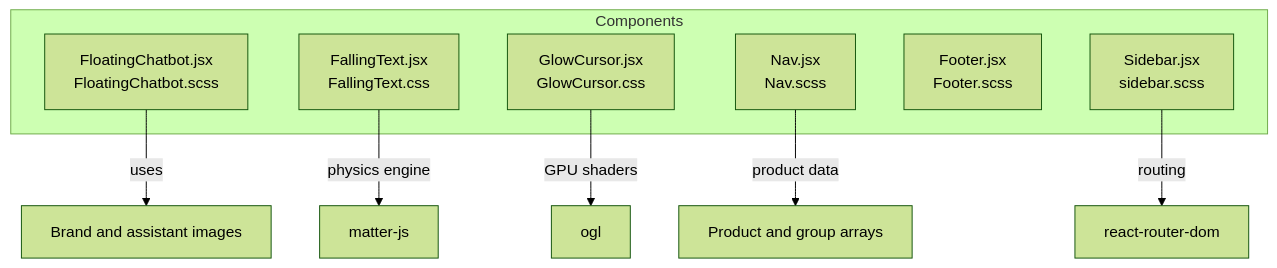
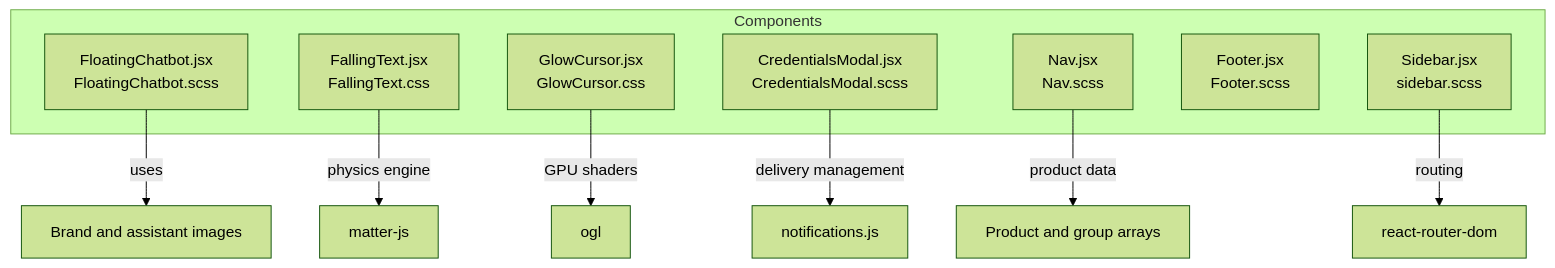
The first of 8 diagrams in .qoder/repowiki/en/content/Component Library/Component Library.md (imcbsglobal/TRELLISCO_ERP_FRONTEND), drawn with Mermaid (forest theme) before and after one commit. The commit also changed other lines of this file and 35 other files, not shown here.

````diff
--- a/.qoder/repowiki/en/content/Component Library/Component Library.md
+++ b/.qoder/repowiki/en/content/Component Library/Component Library.md
@@ -49,16 +62,18 @@
 ```mermaid
 graph TB
 subgraph "Components"
 Chat["FloatingChatbot.jsx<br/>FloatingChatbot.scss"]
 Fall["FallingText.jsx<br/>FallingText.css"]
 Glow["GlowCursor.jsx<br/>GlowCursor.css"]
+Cred["CredentialsModal.jsx<br/>CredentialsModal.scss"]
 Nav["Nav.jsx<br/>Nav.scss"]
 Foot["Footer.jsx<br/>Footer.scss"]
 Side["Sidebar.jsx<br/>sidebar.scss"]
 end
 Chat --> |"uses"| Assets["Brand and assistant images"]
 Fall --> |"physics engine"| Matter["matter-js"]
 Glow --> |"GPU shaders"| OGL["ogl"]
+Cred --> |"delivery management"| Notif["notifications.js"]
 Nav --> |"product data"| Products["Product and group arrays"]
 Side --> |"routing"| Router["react-router-dom"]
 ```
````
